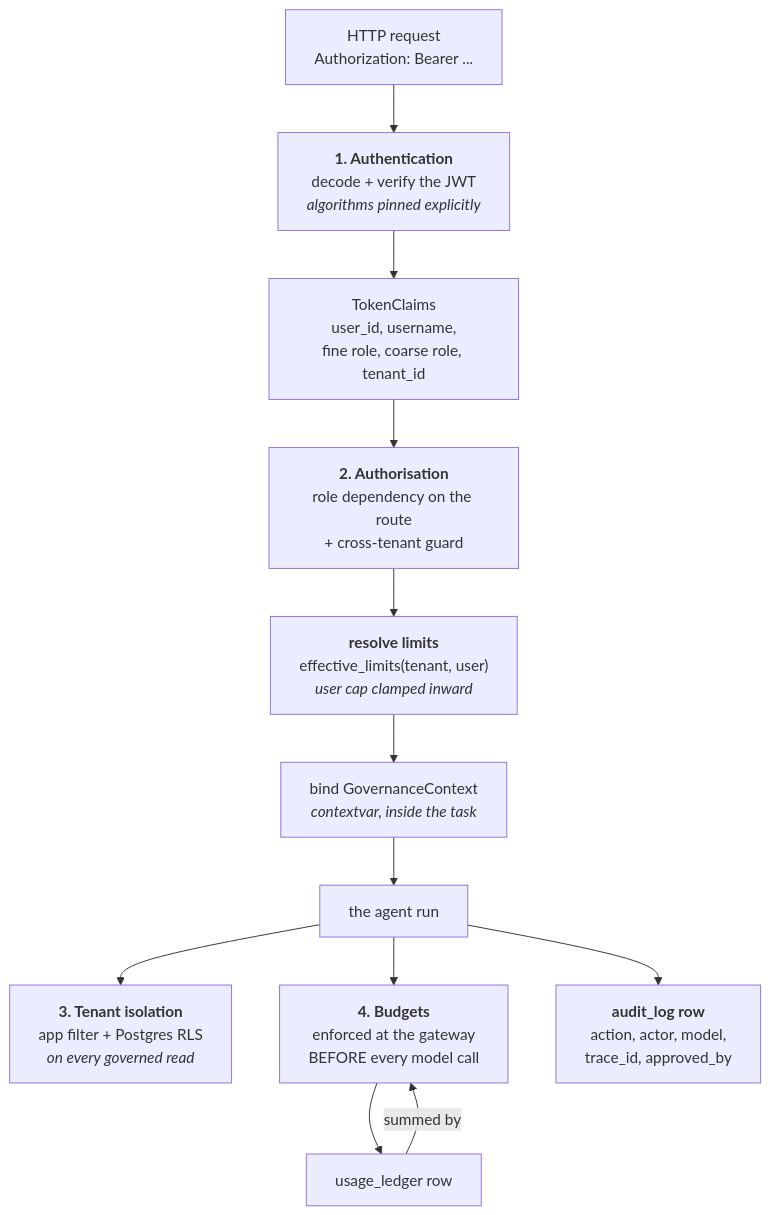
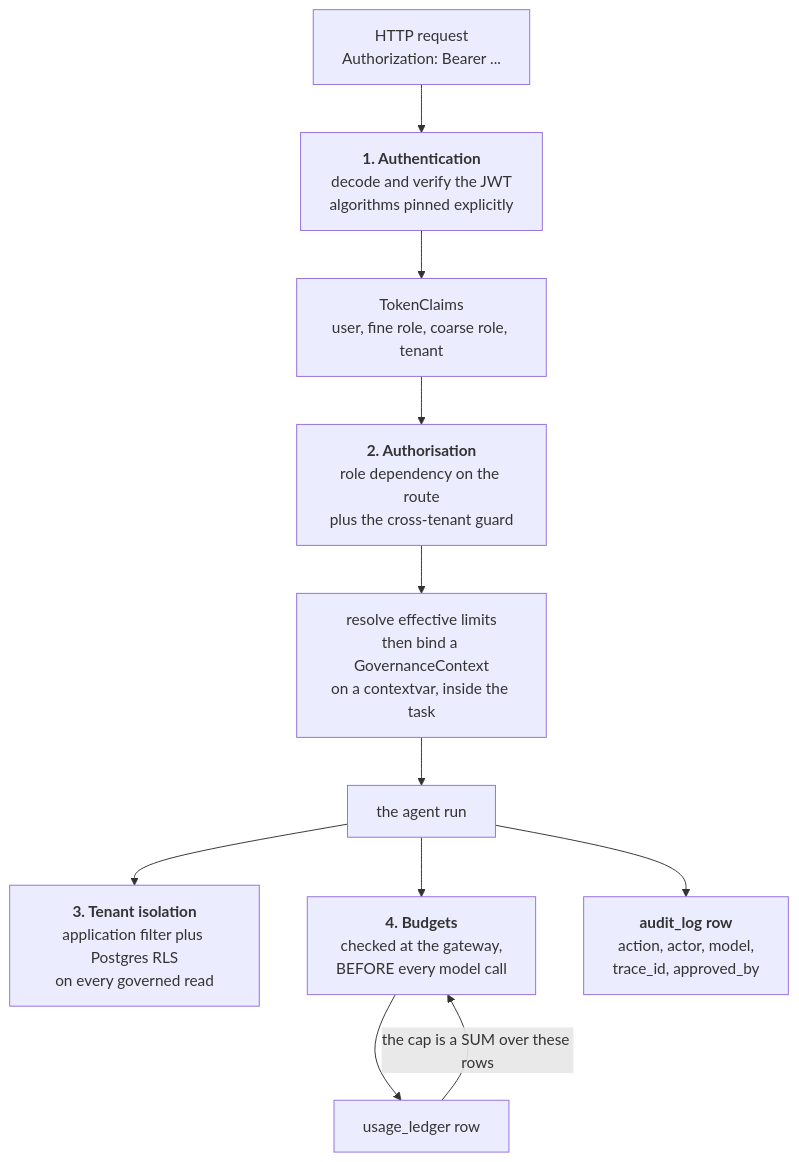
One commit to yrevash/aegis changed the first of 5 diagrams in docs/teaching/governance/40-diagrams.md. Above: the diagram before and after it, drawn with Mermaid. The commit also changed other lines of this file and 111 other files, not shown here.

````diff
--- a/docs/teaching/governance/40-diagrams.md
+++ b/docs/teaching/governance/40-diagrams.md
@@ -10,22 +16,16 @@
 ```mermaid
 flowchart TB
-    REQ["HTTP request<br/>Authorization: Bearer ..."] --> AUTHN
+    REQ["HTTP request<br/>Authorization: Bearer ..."] --> AUTHN["<b>1. Authentication</b><br/>decode and verify the JWT<br/>algorithms pinned explicitly"]
+    AUTHN --> CLAIMS["TokenClaims<br/>user, fine role, coarse role, tenant"]
 
-    AUTHN["<b>1. Authentication</b><br/>decode + verify the JWT<br/><i>algorithms pinned explicitly</i>"]
-    AUTHN --> CLAIMS["TokenClaims<br/>user_id, username,<br/>fine role, coarse role, tenant_id"]
+    CLAIMS --> AUTHZ["<b>2. Authorisation</b><br/>role dependency on the route<br/>plus the cross-tenant guard"]
+    AUTHZ --> CTX["resolve effective limits<br/>then bind a GovernanceContext<br/>on a contextvar, inside the task"]
+    CTX --> WORK["the agent run"]
 
-    CLAIMS --> AUTHZ["<b>2. Authorisation</b><br/>role dependency on the route<br/>+ cross-tenant guard"]
-
-    AUTHZ --> CTX["<b>resolve limits</b><br/>effective_limits(tenant, user)<br/><i>user cap clamped inward</i>"]
-    CTX --> BIND["bind GovernanceContext<br/><i>contextvar, inside the task</i>"]
-
-    BIND --> WORK["the agent run"]
-
-    WORK --> ISO["<b>3. Tenant isolation</b><br/>app filter + Postgres RLS<br/><i>on every governed read</i>"]
-    WORK --> BUD["<b>4. Budgets</b><br/>enforced at the gateway<br/>BEFORE every model call"]
+    WORK --> ISO["<b>3. Tenant isolation</b><br/>application filter plus Postgres RLS<br/>on every governed read"]
+    WORK --> BUD["<b>4. Budgets</b><br/>checked at the gateway,<br/>BEFORE every model call"]
+    WORK --> AUD["<b>audit_log row</b><br/>action, actor, model,<br/>trace_id, approved_by"]
 
     BUD --> LED["usage_ledger row"]
-    LED -->|"summed by"| BUD
-
-    WORK --> AUD["<b>audit_log row</b><br/>action, actor, model,<br/>trace_id, approved_by"]
+    LED -->|"the cap is a SUM over these rows"| BUD
 ```
````
